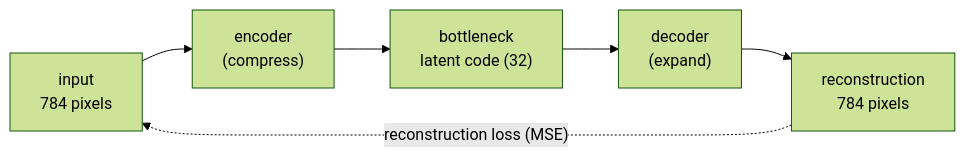
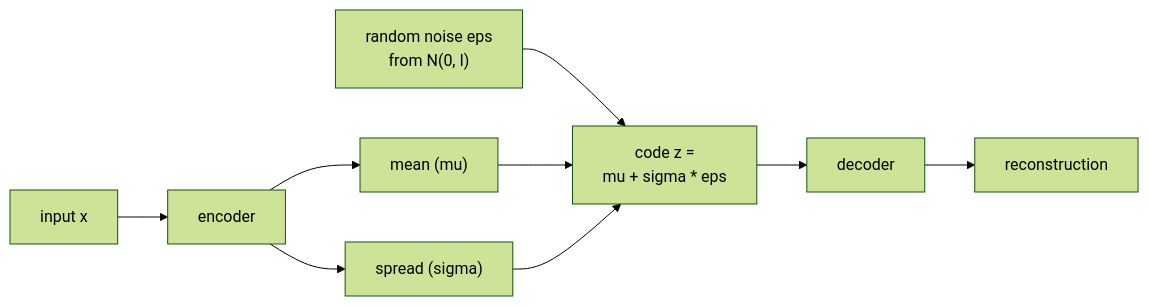
Before and after one commit to devomh/cdat4011-2026: the diagram in u05_deep_learning/l20_concept_autoencoders.qmd, drawn with Mermaid (forest theme). The commit also changed other lines of this file and 9 other files, not shown here.

````diff
--- a/u05_deep_learning/l20_concept_autoencoders.qmd
+++ b/u05_deep_learning/l20_concept_autoencoders.qmd
@@ -52,8 +207,10 @@
 ```{mermaid}
 flowchart LR
-  inp["input<br/>784 pixels"] --> e1["encoder<br/>(compress)"]
-  e1 --> z["bottleneck<br/>latent code (32)"]
-  z --> d1["decoder<br/>(expand)"]
-  d1 --> out["reconstruction<br/>784 pixels"]
-  out -. "reconstruction loss (MSE)" .-> inp
+  x["input x"] --> enc["encoder"]
+  enc --> mu["mean (mu)"]
+  enc --> sg["spread (sigma)"]
+  eps["random noise eps<br/>from N(0, I)"] --> z
+  mu --> z["code z =<br/>mu + sigma * eps"]
+  sg --> z
+  z --> dec["decoder"] --> xh["reconstruction"]
 ```
````
